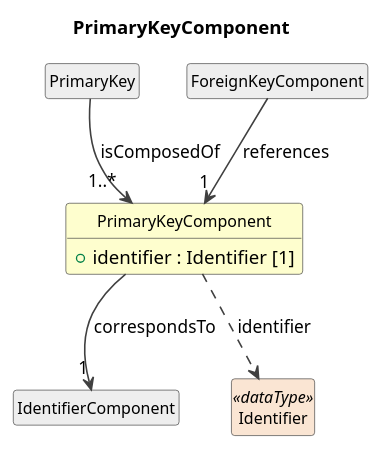
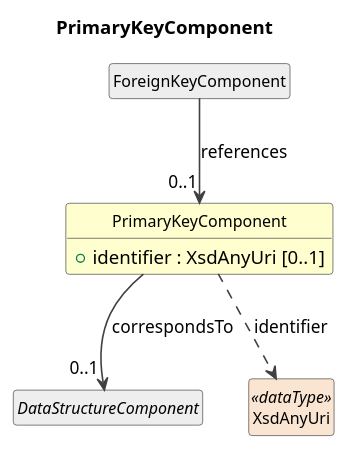
Before and after one commit to Cross-Domain-Interoperability-Framework/metadataBuildingBlocks: the diagram in cdif-uml-model/_plantuml/cdifDataStructure/Classes/PrimaryKeyComponent.pu, drawn with PlantUML. The commit also changed 636 other files, not shown here.

First line of the commit message:
cdif-uml-model: regen for cdifDataStructure split (module + composites)

```diff
--- a/cdif-uml-model/_plantuml/cdifDataStructure/Classes/PrimaryKeyComponent.pu
+++ b/cdif-uml-model/_plantuml/cdifDataStructure/Classes/PrimaryKeyComponent.pu
@@ -1,25 +1,23 @@
 @startuml
 title PrimaryKeyComponent
 hide circle
 hide empty members
 skinparam shadowing false
 skinparam ArrowThickness 1.2
 skinparam class {
   ArrowColor #404040
   BorderColor #404040
   FontSize 12
 }
 
 class "PrimaryKeyComponent" as PrimaryKeyComponent #FEFECE {
-  +identifier : Identifier [1]
+  +identifier : XsdAnyUri [0..1]
 }
-class "PrimaryKey" as PrimaryKey #EEEEEE
-PrimaryKey --> "1..*" PrimaryKeyComponent : isComposedOf
-class "IdentifierComponent" as IdentifierComponent #EEEEEE
-PrimaryKeyComponent --> "1" IdentifierComponent : correspondsTo
+abstract class "DataStructureComponent" as DataStructureComponent #EEEEEE
+PrimaryKeyComponent --> "0..1" DataStructureComponent : correspondsTo
 class "ForeignKeyComponent" as ForeignKeyComponent #EEEEEE
-ForeignKeyComponent --> "1" PrimaryKeyComponent : references
-class "Identifier" as Identifier <<dataType>> #FAE5D3
-PrimaryKeyComponent ..> Identifier : identifier
+ForeignKeyComponent --> "0..1" PrimaryKeyComponent : references
+class "XsdAnyUri" as XsdAnyUri <<dataType>> #FAE5D3
+PrimaryKeyComponent ..> XsdAnyUri : identifier
 
 @enduml
```
